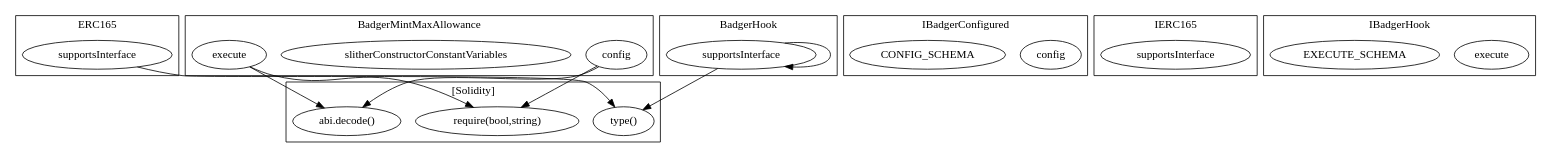
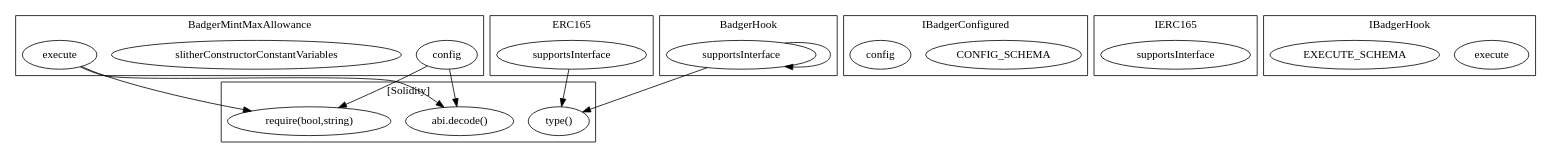
The diagram in contracts/build/...BadgerMintMaxAllowance.call-graph.dot (FlipsideCrypto/badger), drawn with Graphviz before and after one commit. The commit also changed 110 other files, not shown here.

```diff
--- a/contracts/build/...BadgerMintMaxAllowance.call-graph.dot
+++ b/contracts/build/...BadgerMintMaxAllowance.call-graph.dot
@@ -1,37 +1,37 @@
 strict digraph {
-subgraph cluster_2786_ERC165 {
+subgraph cluster_5664_BadgerMintMaxAllowance {
+label = "BadgerMintMaxAllowance"
+"5664_config" [label="config"]
+"5664_slitherConstructorConstantVariables" [label="slitherConstructorConstantVariables"]
+"5664_execute" [label="execute"]
+}subgraph cluster_6468_IBadgerConfigured {
+label = "IBadgerConfigured"
+"6468_CONFIG_SCHEMA" [label="CONFIG_SCHEMA"]
+"6468_config" [label="config"]
+}subgraph cluster_3081_ERC165 {
 label = "ERC165"
-"2786_supportsInterface" [label="supportsInterface"]
-}subgraph cluster_5282_BadgerMintMaxAllowance {
-label = "BadgerMintMaxAllowance"
-"5282_config" [label="config"]
-"5282_slitherConstructorConstantVariables" [label="slitherConstructorConstantVariables"]
-"5282_execute" [label="execute"]
-}subgraph cluster_6086_IBadgerConfigured {
-label = "IBadgerConfigured"
-"6086_config" [label="config"]
-"6086_CONFIG_SCHEMA" [label="CONFIG_SCHEMA"]
-}subgraph cluster_2798_IERC165 {
+"3081_supportsInterface" [label="supportsInterface"]
+}subgraph cluster_3093_IERC165 {
 label = "IERC165"
-"2798_supportsInterface" [label="supportsInterface"]
-}subgraph cluster_4601_BadgerHook {
+"3093_supportsInterface" [label="supportsInterface"]
+}subgraph cluster_6488_IBadgerHook {
+label = "IBadgerHook"
+"6488_execute" [label="execute"]
+"6488_EXECUTE_SCHEMA" [label="EXECUTE_SCHEMA"]
+}subgraph cluster_4956_BadgerHook {
 label = "BadgerHook"
-"4601_supportsInterface" [label="supportsInterface"]
-"4601_supportsInterface" -> "4601_supportsInterface"
-}subgraph cluster_6106_IBadgerHook {
-label = "IBadgerHook"
-"6106_execute" [label="execute"]
-"6106_EXECUTE_SCHEMA" [label="EXECUTE_SCHEMA"]
+"4956_supportsInterface" [label="supportsInterface"]
+"4956_supportsInterface" -> "4956_supportsInterface"
 }subgraph cluster_solidity {
 label = "[Solidity]"
 "abi.decode()" 
+"require(bool,string)" 
 "type()" 
-"require(bool,string)" 
-"2786_supportsInterface" -> "type()"
-"5282_execute" -> "require(bool,string)"
-"5282_execute" -> "abi.decode()"
-"5282_config" -> "require(bool,string)"
-"5282_config" -> "abi.decode()"
-"4601_supportsInterface" -> "type()"
+"5664_config" -> "abi.decode()"
+"3081_supportsInterface" -> "type()"
+"4956_supportsInterface" -> "type()"
+"5664_execute" -> "require(bool,string)"
+"5664_config" -> "require(bool,string)"
+"5664_execute" -> "abi.decode()"
 }
 }
```
